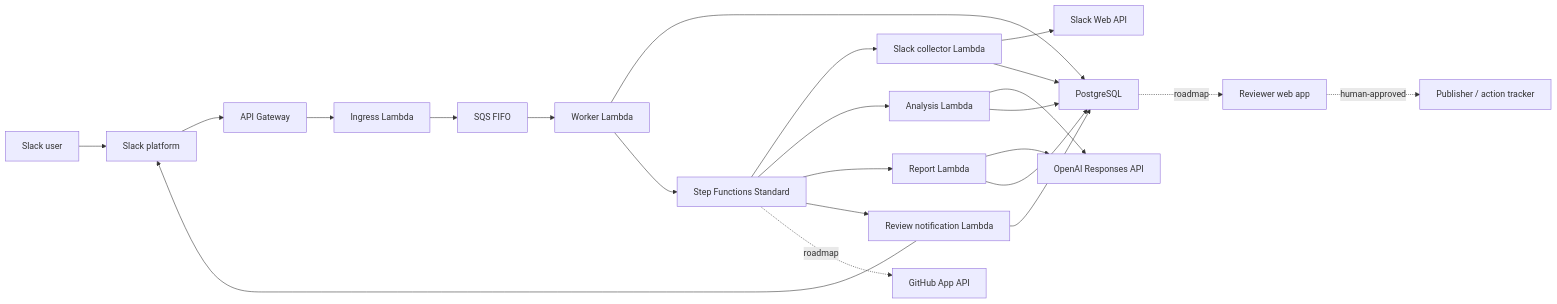
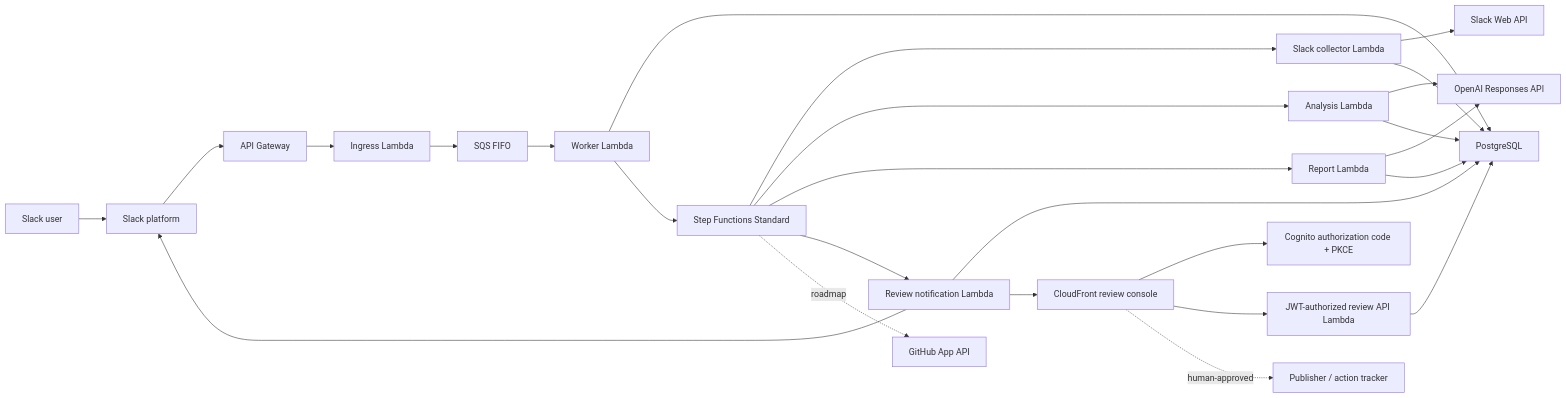
The first of 4 diagrams in docs/architecture.md (SharmaKunal14/slack-incidence-evidence), drawn with Mermaid before and after one commit. The commit also changed other lines of this file and 37 other files, not shown here.

````diff
--- a/docs/architecture.md
+++ b/docs/architecture.md
@@ -164,26 +168,29 @@
 ```mermaid
 flowchart LR
     U["Slack user"] --> SL["Slack platform"]
     SL --> GW["API Gateway"]
     GW --> API["Ingress Lambda"]
     API --> Q["SQS FIFO"]
     Q --> W["Worker Lambda"]
     W --> PG["PostgreSQL"]
     W --> SFN["Step Functions Standard"]
 
     SFN --> EC["Slack collector Lambda"]
     EC --> SA["Slack Web API"]
     EC --> PG
     SFN --> AX["Analysis Lambda"]
     AX --> AI["OpenAI Responses API"]
     AX --> PG
     SFN --> RG["Report Lambda"]
     RG --> AI
     RG --> PG
     SFN --> RN["Review notification Lambda"]
     RN --> SL
     RN --> PG
+    RN --> UI["CloudFront review console"]
+    UI --> COG["Cognito authorization code + PKCE"]
+    UI --> RA["JWT-authorized review API Lambda"]
+    RA --> PG
     SFN -. "roadmap" .-> GH["GitHub App API"]
-    PG -. "roadmap" .-> UI["Reviewer web app"]
     UI -. "human-approved" .-> PUB["Publisher / action tracker"]
 ```
````
